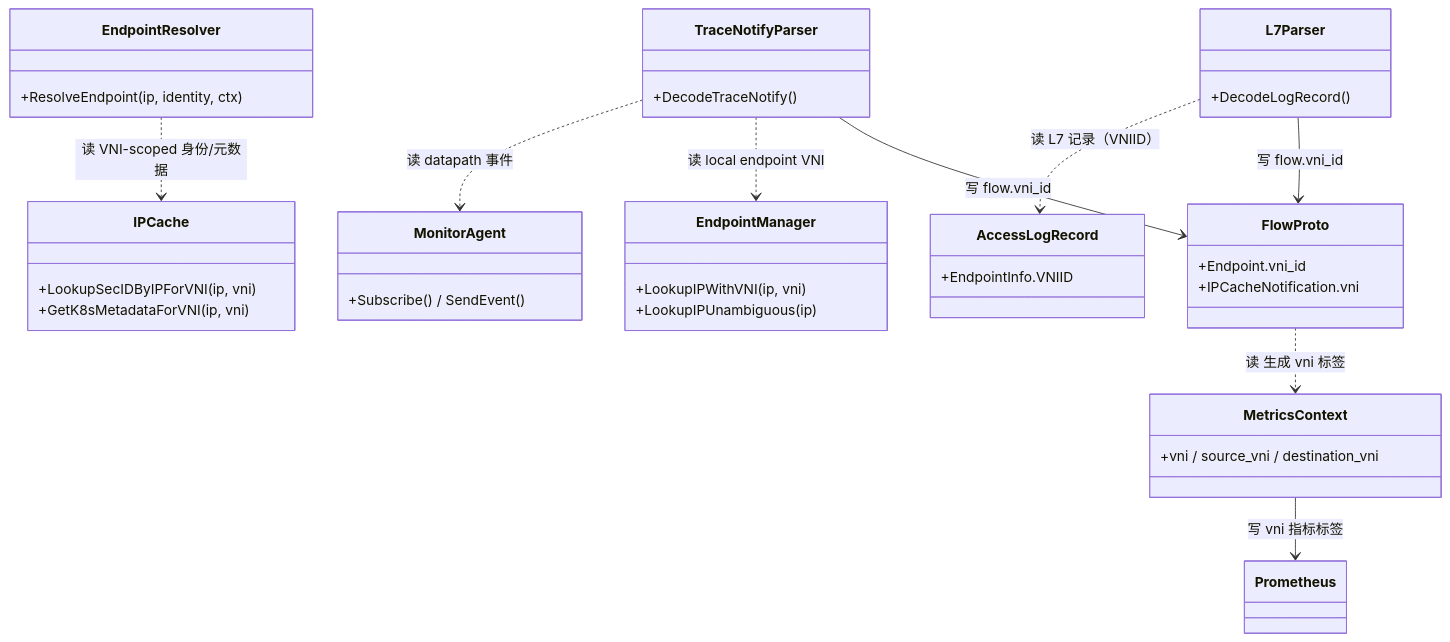
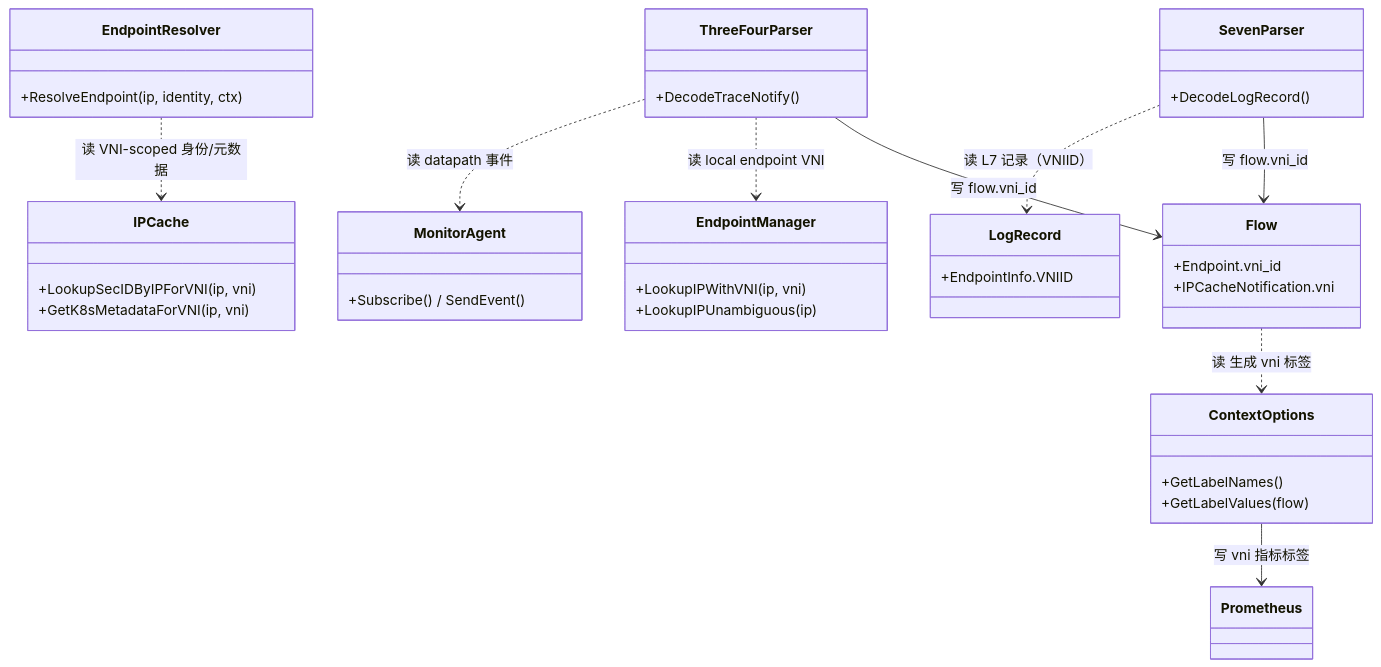
Before and after one commit to zbb88888/cilium-map-road: the first of 2 diagrams in docs/planes/04-observability-plane.md, drawn with Mermaid. The commit also changed other lines of this file and 11 other files, not shown here.

````diff
--- a/docs/planes/04-observability-plane.md
+++ b/docs/planes/04-observability-plane.md
@@ -24,42 +24,43 @@
 ```mermaid
 classDiagram
     class MonitorAgent {
         +Subscribe() / SendEvent()
     }
-    class TraceNotifyParser {
+    class ThreeFourParser {
         +DecodeTraceNotify()
     }
-    class L7Parser {
+    class SevenParser {
         +DecodeLogRecord()
     }
     class EndpointResolver {
         +ResolveEndpoint(ip, identity, ctx)
     }
     class IPCache {
         +LookupSecIDByIPForVNI(ip, vni)
         +GetK8sMetadataForVNI(ip, vni)
     }
     class EndpointManager {
         +LookupIPWithVNI(ip, vni)
         +LookupIPUnambiguous(ip)
     }
-    class AccessLogRecord {
+    class LogRecord {
         +EndpointInfo.VNIID
     }
-    class FlowProto {
+    class Flow {
         +Endpoint.vni_id
         +IPCacheNotification.vni
     }
-    class MetricsContext {
-        +vni / source_vni / destination_vni
+    class ContextOptions {
+        +GetLabelNames()
+        +GetLabelValues(flow)
     }
 
-    TraceNotifyParser ..> MonitorAgent : 读 datapath 事件
-    TraceNotifyParser ..> EndpointManager : 读 local endpoint VNI
+    ThreeFourParser ..> MonitorAgent : 读 datapath 事件
+    ThreeFourParser ..> EndpointManager : 读 local endpoint VNI
     EndpointResolver ..> IPCache : 读 VNI-scoped 身份/元数据
-    L7Parser ..> AccessLogRecord : 读 L7 记录（VNIID）
-    TraceNotifyParser --> FlowProto : 写 flow.vni_id
-    L7Parser --> FlowProto : 写 flow.vni_id
-    FlowProto ..> MetricsContext : 读 生成 vni 标签
-    MetricsContext --> Prometheus : 写 vni 指标标签
+    SevenParser ..> LogRecord : 读 L7 记录（VNIID）
+    ThreeFourParser --> Flow : 写 flow.vni_id
+    SevenParser --> Flow : 写 flow.vni_id
+    Flow ..> ContextOptions : 读 生成 vni 标签
+    ContextOptions --> Prometheus : 写 vni 指标标签
 ```
````
